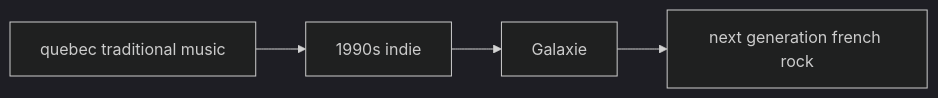
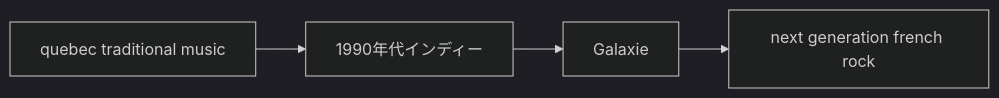
Before and after one commit to monumental-movement/monumental-movement.github.io: the seventh of 8 diagrams in en/_posts/2026-05-07-column-galaxie.md, drawn with Mermaid (dark theme). The commit also changed other lines of this file and 1012 other files, not shown here.

```diff
--- a/en/_posts/2026-05-07-column-galaxie.md
+++ b/en/_posts/2026-05-07-column-galaxie.md
@@ -428,6 +428,6 @@
 <div class="mermaid">
 flowchart LR
-A[quebec traditional music] --> B[1990s indie]
+A[quebec traditional music] --> B[1990年代インディー]
 B --> C[Galaxie]
 C --> D[next generation french rock]
 </div>
```
